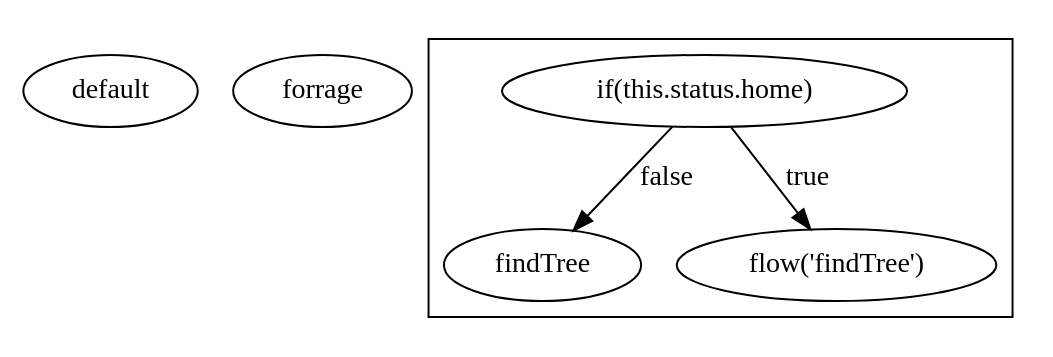
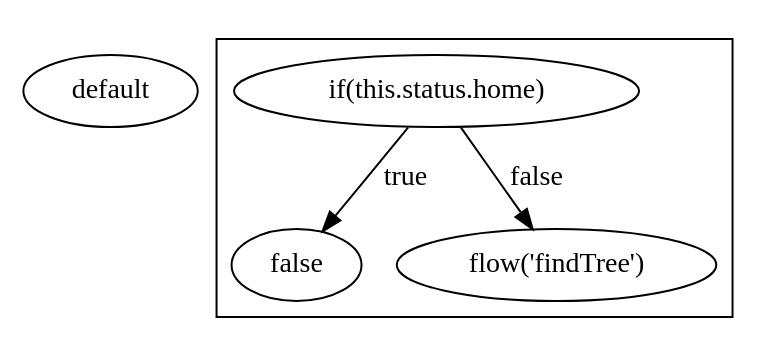
The diagram in src/behaviour/dots/squirrel.dot (shuuki/you-are-dawg), drawn with Graphviz before and after one commit. The commit also changed 2 other files, not shown here.

Commit message:
Squirrels just wanna go home...

```diff
--- a/src/behaviour/dots/squirrel.dot
+++ b/src/behaviour/dots/squirrel.dot
@@ -1,16 +1,18 @@
 digraph {
 
 // Terminal state transition nodes
 goHome[label="default", shape="ellipse"]
-goForrage[label="forrage", shape="ellipse"]
-goFindTree[label="findTree", shape="ellipse"]
+forrage[label="false", shape="ellipse"]
+findTree[label="flow('findTree')", shape="ellipse"]
 
-// State clusters
+// State clusters -- the first node defined is taken to be the root!!!!
 subgraph clusterdefault {
-	test [label="flow('findTree')"]
+	// root
 	home [label="if(this.status.home)"];
-	home -> test [label="true"];
-	home -> goFindTree [label="false"];
+
+	// whatever else
+	home -> forrage [label="true"];
+	home -> findTree [label="false"];
 }
 
 }
```
